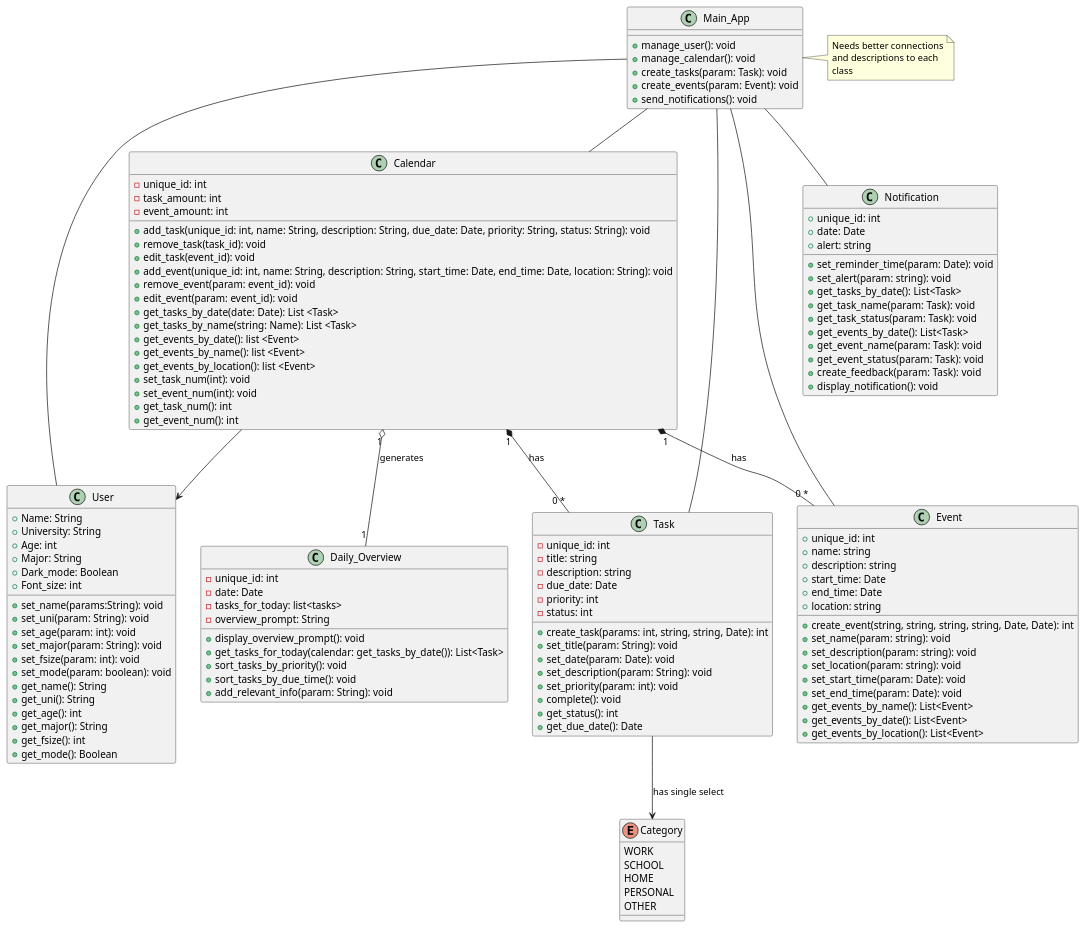
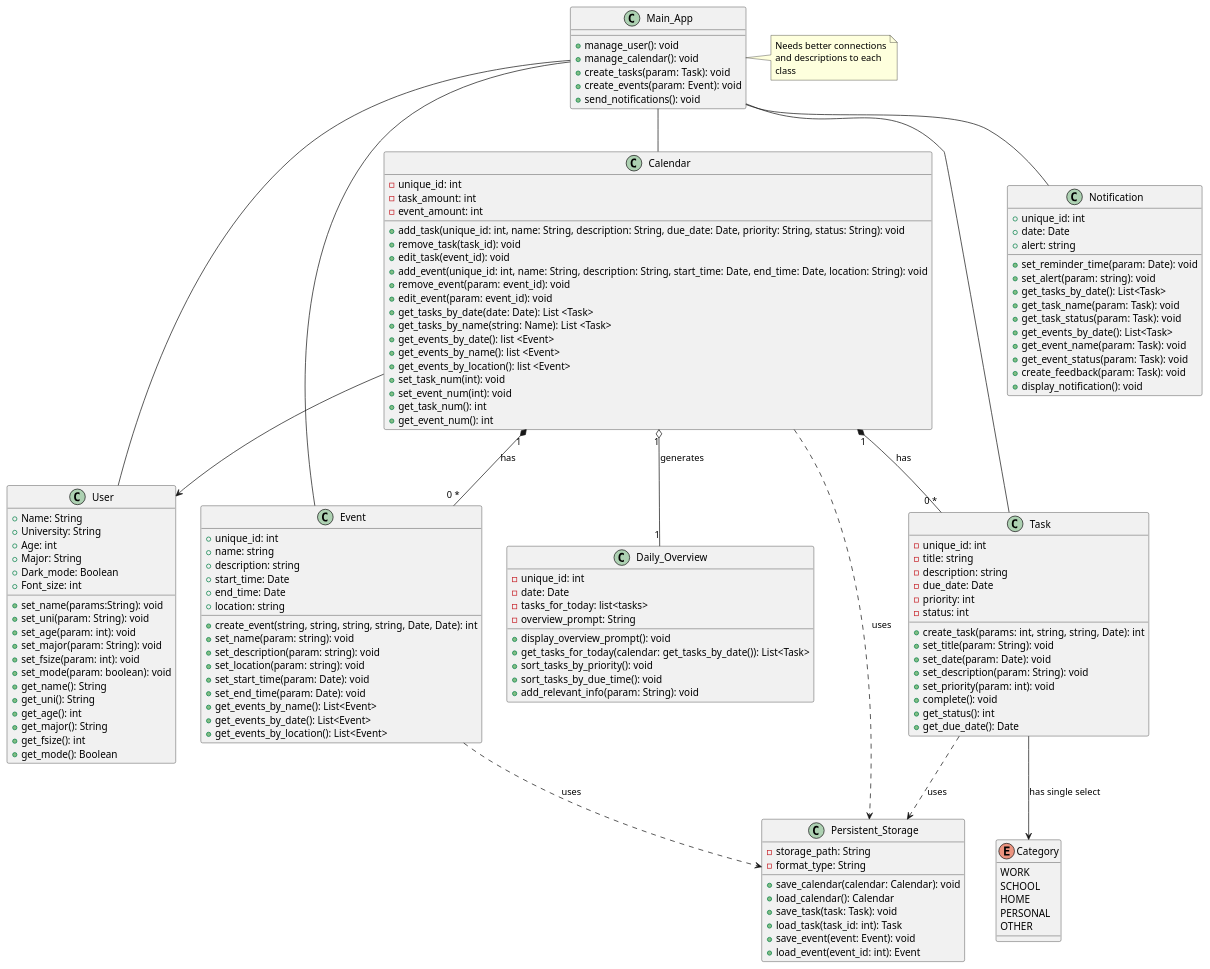
Before and after one commit to CS361-2024Fall-Term/Innovators: the diagram in assignment6/Diagram.puml, drawn with PlantUML.

Commit message:
Added persistent storage class to main diagram

```diff
--- a/assignment6/Diagram.puml
+++ b/assignment6/Diagram.puml
@@ -1,143 +1,158 @@
 @startuml
 
 class User {
   +Name: String
   +University: String
   +Age: int
   +Major: String
   +Dark_mode: Boolean
   +Font_size: int
   +set_name(params:String): void
   +set_uni(param: String): void
   +set_age(param: int): void
   +set_major(param: String): void
   +set_fsize(param: int): void
   +set_mode(param: boolean): void
   +get_name(): String
   +get_uni(): String
   +get_age(): int
   +get_major(): String
   +get_fsize(): int
   +get_mode(): Boolean
 }
 
 class Calendar {
   -unique_id: int  
   -task_amount: int
   -event_amount: int
   +add_task(unique_id: int, name: String, description: String, due_date: Date, priority: String, status: String): void
   +remove_task(task_id): void
   +edit_task(event_id): void
   +add_event(unique_id: int, name: String, description: String, start_time: Date, end_time: Date, location: String): void
   +remove_event(param: event_id): void
   +edit_event(param: event_id): void
   +get_tasks_by_date(date: Date): List <Task>
   +get_tasks_by_name(string: Name): List <Task>
   +get_events_by_date(): list <Event>
   +get_events_by_name(): list <Event>
   +get_events_by_location(): list <Event>
   +set_task_num(int): void
   +set_event_num(int): void
   +get_task_num(): int
   +get_event_num(): int
 }
 
 class Task {
   -unique_id: int
   -title: string
   -description: string
   -due_date: Date
   -priority: int
   -status: int
   +create_task(params: int, string, string, Date): int
   +set_title(param: String): void
   +set_date(param: Date): void
   +set_description(param: String): void
   +set_priority(param: int): void
   +complete(): void
   +get_status(): int
   +get_due_date(): Date
 }
 
 enum Category {
   WORK
   SCHOOL
   HOME
   PERSONAL
   OTHER
 }
 
 class Notification {
   +unique_id: int  
   +date: Date
   +alert: string
   
   +set_reminder_time(param: Date): void
   +set_alert(param: string): void
   +get_tasks_by_date(): List<Task>
   +get_task_name(param: Task): void
   +get_task_status(param: Task): void
   +get_events_by_date(): List<Task>
   +get_event_name(param: Task): void
   +get_event_status(param: Task): void
   +create_feedback(param: Task): void
   +display_notification(): void
 }
 
 class Event {
   +unique_id: int  
   +name: string
   +description: string
   +start_time: Date
   +end_time: Date
   +location: string
   +create_event(string, string, string, string, Date, Date): int
   +set_name(param: string): void
   +set_description(param: string): void
   +set_location(param: string): void
   +set_start_time(param: Date): void
   +set_end_time(param: Date): void
   +get_events_by_name(): List<Event>
   +get_events_by_date(): List<Event>
   +get_events_by_location(): List<Event>
 }
 
 class Daily_Overview {
     -unique_id: int
     -date: Date
     -tasks_for_today: list<tasks>
     -overview_prompt: String
 
     +display_overview_prompt(): void
     +get_tasks_for_today(calendar: get_tasks_by_date()): List<Task>
     +sort_tasks_by_priority(): void
     +sort_tasks_by_due_time(): void
     +add_relevant_info(param: String): void
 }
 
 class Main_App {
   +manage_user(): void
   +manage_calendar(): void
   +create_tasks(param: Task): void
   +create_events(param: Event): void
   +send_notifications(): void
 }
 
 note right of Main_App
   Needs better connections
   and descriptions to each
   class
 end note
+
+class Persistent_Storage {
+  -storage_path: String
+  -format_type: String
+  +save_calendar(calendar: Calendar): void
+  +load_calendar(): Calendar
+  +save_task(task: Task): void
+  +load_task(task_id: int): Task
+  +save_event(event: Event): void
+  +load_event(event_id: int): Event
+}
+
 Main_App -- User
 Main_App -- Calendar
 Main_App -- Task
 Main_App -- Event
 Main_App -- Notification
 
 Calendar --> User
 Calendar "1" *-- "0 *" Task : "has"
 Calendar "1" *-- "0 *" Event : "has"
 Calendar "1" o-- "1" Daily_Overview : "generates"
 Task --> Category : "has single select"
+Calendar ..> Persistent_Storage : "uses"
+Task ..> Persistent_Storage : "uses"
+Event ..> Persistent_Storage : "uses"
 
 @enduml
```
